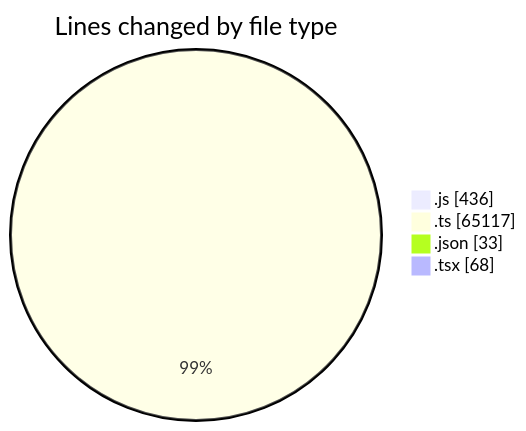
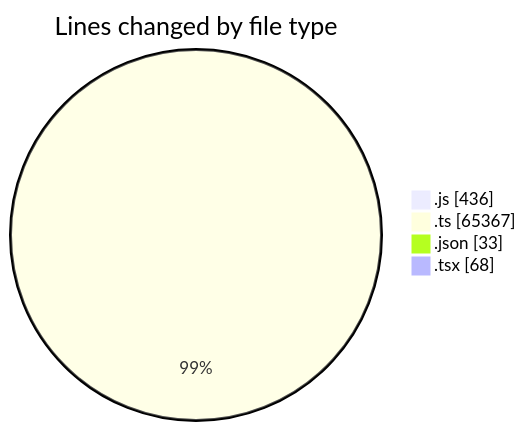
The first of 2 diagrams in 2026-07-27/cda/README.md (momahboobian/code-tracking), drawn with Mermaid before and after one commit. The commit also changed other lines of this file and 1 other file, not shown here.

````diff
--- a/2026-07-27/cda/README.md
+++ b/2026-07-27/cda/README.md
@@ -34,8 +34,8 @@
 ```mermaid
 pie showData
 title Lines changed by file type
 ".js" : 436
-".ts" : 65117
+".ts" : 65367
 ".json" : 33
 ".tsx" : 68
 ```
````
